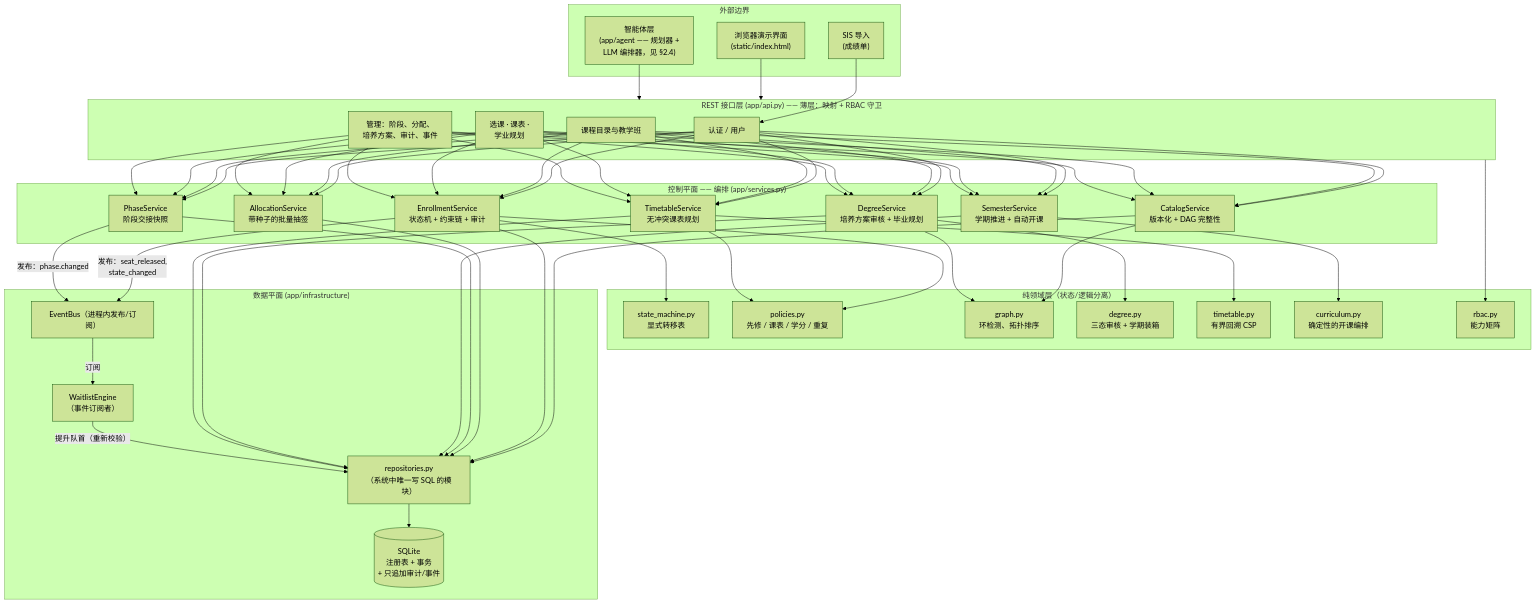
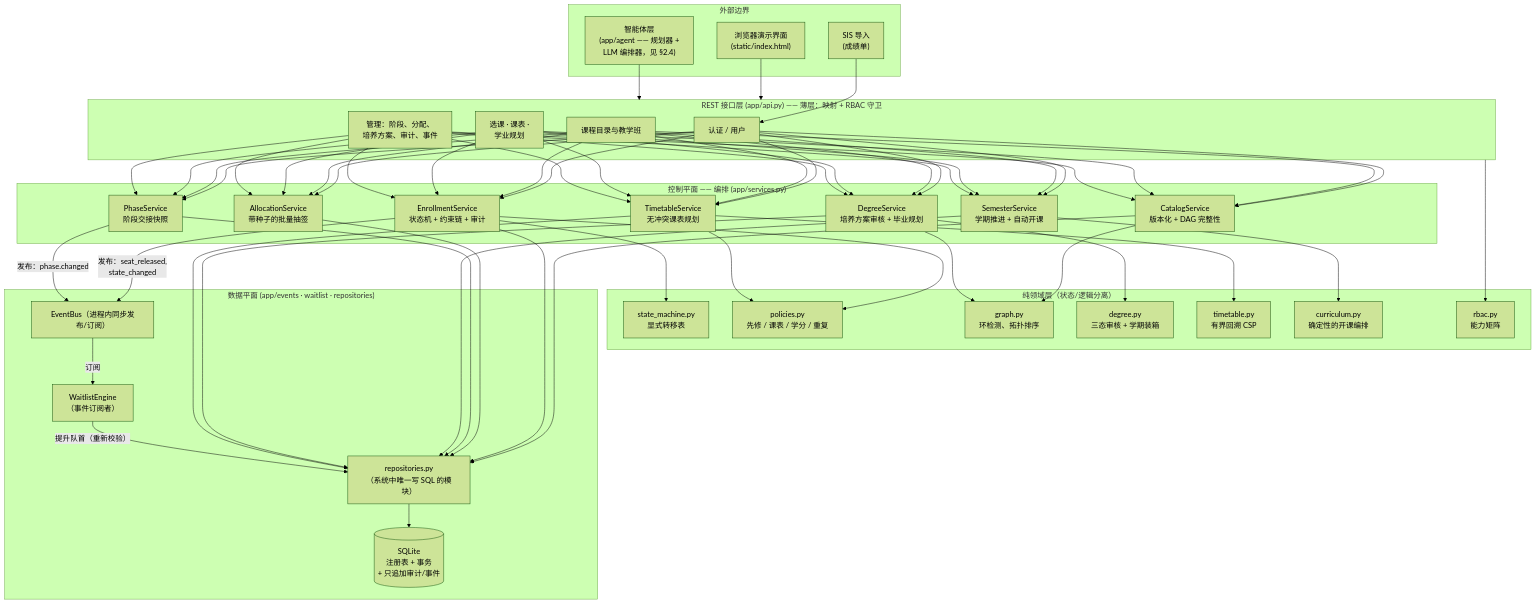
One commit to yuedu16night/courseflow changed the first of 7 diagrams in docs/report.md. Above: the diagram before and after it, drawn with Mermaid (forest theme). The commit also changed other lines of this file and 13 other files, not shown here.

````diff
--- a/docs/report.md
+++ b/docs/report.md
@@ -48,62 +48,62 @@
 ```mermaid
 flowchart TB
     subgraph Clients["外部边界"]
         UI["浏览器演示界面<br/>(static/index.html)"]
         AGENT["智能体层<br/>(app/agent —— 规划器 +<br/>LLM 编排器，见 §2.4)"]
         SIS["SIS 导入<br/>(成绩单)"]
     end
 
     subgraph API["REST 接口层 (app/api.py) —— 薄层：映射 + RBAC 守卫"]
         R1["认证 / 用户"]
         R2["课程目录与教学班"]
         R3["选课 · 课表 ·<br/>学业规划"]
         R4["管理：阶段、分配、<br/>培养方案、审计、事件"]
     end
 
     subgraph Services["控制平面 —— 编排 (app/services.py)"]
         CAT["CatalogService<br/>版本化 + DAG 完整性"]
         ENR["EnrollmentService<br/>状态机 + 约束链 + 审计"]
         ALLOC["AllocationService<br/>带种子的批量抽签"]
         PH["PhaseService<br/>阶段交接快照"]
         SEM["SemesterService<br/>学期推进 + 自动开课"]
         DEG["DegreeService<br/>培养方案审核 + 毕业规划"]
         TT["TimetableService<br/>无冲突课表规划"]
     end
 
     subgraph Domain["纯领域层（状态/逻辑分离）"]
         FSM["state_machine.py<br/>显式转移表"]
         POL["policies.py<br/>先修 / 课表 / 学分 / 重复"]
         GR["graph.py<br/>环检测、拓扑排序"]
         DEGD["degree.py<br/>三态审核 + 学期装箱"]
         TTD["timetable.py<br/>有界回溯 CSP"]
         CUR["curriculum.py<br/>确定性的开课编排"]
         RBAC["rbac.py<br/>能力矩阵"]
     end
 
-    subgraph Infra["数据平面 (app/infrastructure)"]
-        BUS["EventBus（进程内发布/订阅）"]
+    subgraph Infra["数据平面 (app/events · waitlist · repositories)"]
+        BUS["EventBus（进程内同步发布/订阅）"]
         WL["WaitlistEngine<br/>（事件订阅者）"]
         REPO["repositories.py<br/>（系统中唯一写 SQL 的模块）"]
         DB[("SQLite<br/>注册表 + 事务<br/>+ 只追加审计/事件")]
     end
 
     UI --> API
     AGENT --> API
     SIS --> R1
     R1 & R2 & R3 & R4 --> CAT & ENR & ALLOC & PH & SEM & DEG & TT
     ENR --> FSM
     ENR --> POL
     CAT --> GR
     SEM --> CUR
     DEG --> DEGD
     DEG --> GR
     TT --> TTD
     TT --> POL
     API --> RBAC
     CAT & ENR & ALLOC & PH & SEM & DEG & TT --> REPO
     REPO --> DB
     ENR -- "发布：seat_released,<br/>state_changed" --> BUS
     BUS -- "订阅" --> WL
     WL -- "提升队首（重新校验）" --> REPO
     PH -- "发布：phase.changed" --> BUS
 ```
````
